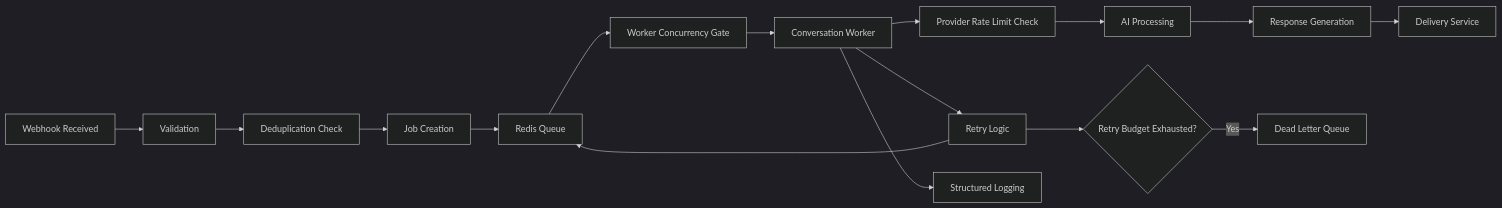
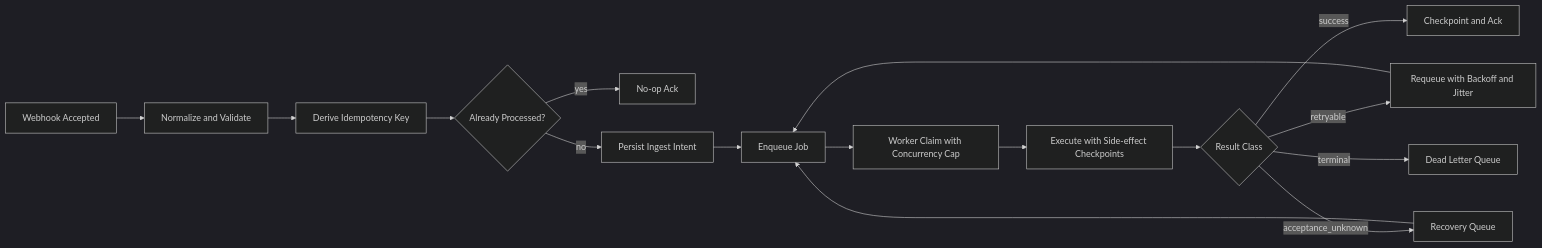
The diagram in diagrams/queue-processing.md (Ahsankhalid618/ai-automation-system-design), drawn with Mermaid (dark theme) before and after one commit. The commit also changed other lines of this file and 15 other files, not shown here.

````diff
--- a/diagrams/queue-processing.md
+++ b/diagrams/queue-processing.md
@@ -3,34 +3,21 @@
 ```mermaid
 flowchart LR
+  A[Webhook Accepted] --> B[Normalize and Validate]
+  B --> C[Derive Idempotency Key]
+  C --> D{Already Processed?}
+  D -->|yes| E[No-op Ack]
+  D -->|no| F[Persist Ingest Intent]
+  F --> G[Enqueue Job]
 
-A[Webhook Received]
---> B[Validation]
+  G --> H[Worker Claim with Concurrency Cap]
+  H --> I[Execute with Side-effect Checkpoints]
+  I --> J{Result Class}
 
-B --> C[Deduplication Check]
+  J -->|success| K[Checkpoint and Ack]
+  J -->|retryable| L[Requeue with Backoff and Jitter]
+  J -->|acceptance_unknown| M[Recovery Queue]
+  J -->|terminal| N[Dead Letter Queue]
 
-C --> D[Job Creation]
-
-D --> E[Redis Queue]
-
-E --> F[Worker Concurrency Gate]
-
-F --> G[Conversation Worker]
-
-G --> H[Provider Rate Limit Check]
-
-H --> I[AI Processing]
-
-I --> J[Response Generation]
-
-J --> K[Delivery Service]
-
-G --> L[Retry Logic]
-
-L --> E
-
-L --> M{Retry Budget Exhausted?}
-
-M -->|Yes| N[Dead Letter Queue]
-
-G --> O[Structured Logging]
+  L --> G
+  M --> G
 ```
````
